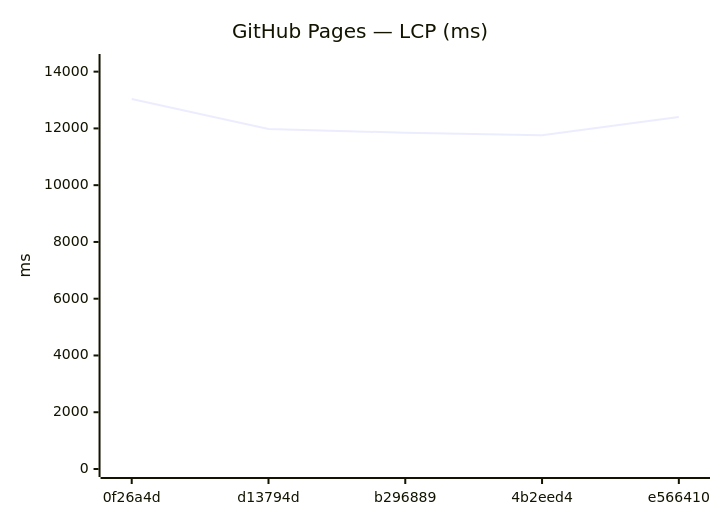
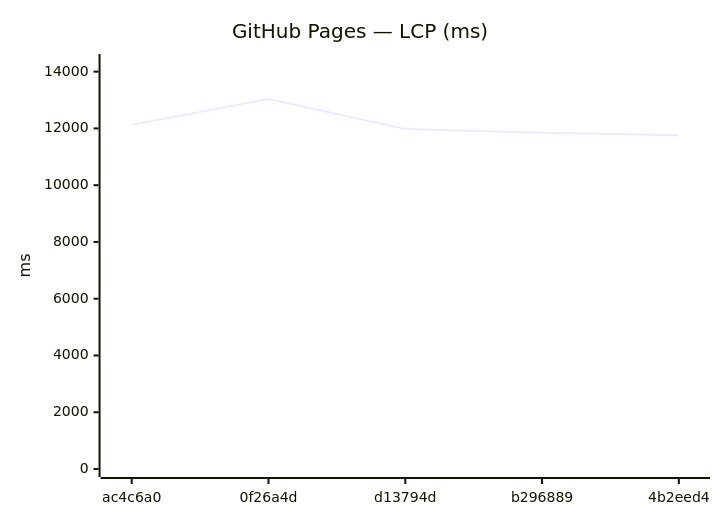
Before and after one commit to Metaheurist/Rianell: the ninth of 18 diagrams in benchmarks/compare.md, drawn with Mermaid. The commit also changed other lines of this file and 11 other files, not shown here.

````diff
--- a/benchmarks/compare.md
+++ b/benchmarks/compare.md
@@ -142,7 +142,7 @@
 ```mermaid
 xychart-beta
     title "GitHub Pages — LCP (ms)"
-    x-axis ["0f26a4d", "d13794d", "b296889", "4b2eed4", "e566410"]
+    x-axis ["ac4c6a0", "0f26a4d", "d13794d", "b296889", "4b2eed4"]
     y-axis "ms" 0 --> 14340
-    line [13036, 11979, 11847, 11759, 12402]
+    line [12127, 13036, 11979, 11847, 11759]
 ```
````
